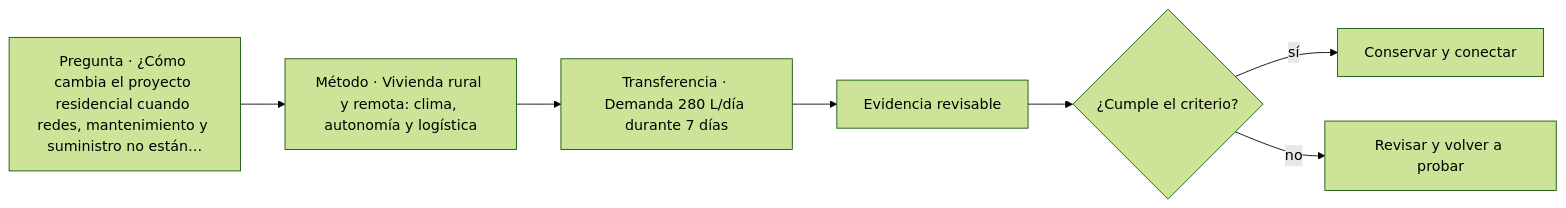
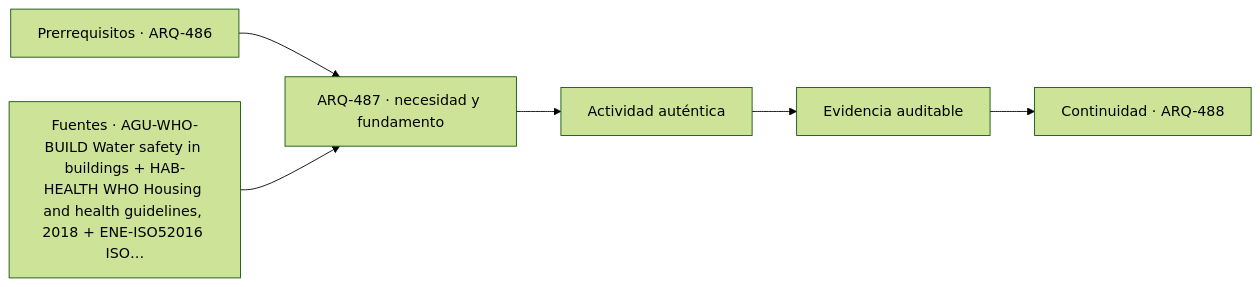
One commit to vladimiracunadev-create/architecture-built-environment-learning-program changed the diagram in classes/parte-49/ARQ-487.md. Above: the diagram before and after it, drawn with Mermaid (forest theme). The commit also changed other lines of this file and 761 other files, not shown here.

````diff
--- a/classes/parte-49/ARQ-487.md
+++ b/classes/parte-49/ARQ-487.md
@@ -89,9 +101,8 @@
 ```mermaid
 flowchart LR
-    Q["Pregunta · ¿Cómo cambia el proyecto residencial cuando redes, mantenimiento y suministro no están…"] --> M["Método · Vivienda rural y remota: clima, autonomía y logística"]
-    M --> P["Transferencia · Demanda 280 L/día durante 7 días"]
-    P --> E["Evidencia revisable"]
-    E --> C{"¿Cumple el criterio?"}
-    C -->|sí| T["Conservar y conectar"]
-    C -->|no| R["Revisar y volver a probar"]
+    A["Prerrequisitos · ARQ-486"] --> B["ARQ-487 · necesidad y fundamento"]
+    S["Fuentes · AGU-WHO-BUILD Water safety in buildings + HAB-HEALTH WHO Housing and health guidelines, 2018 + ENE-ISO52016 ISO…"] --> B
+    B --> C["Actividad auténtica"]
+    C --> D["Evidencia auditable"]
+    D --> E["Continuidad · ARQ-488"]
 ```
````
